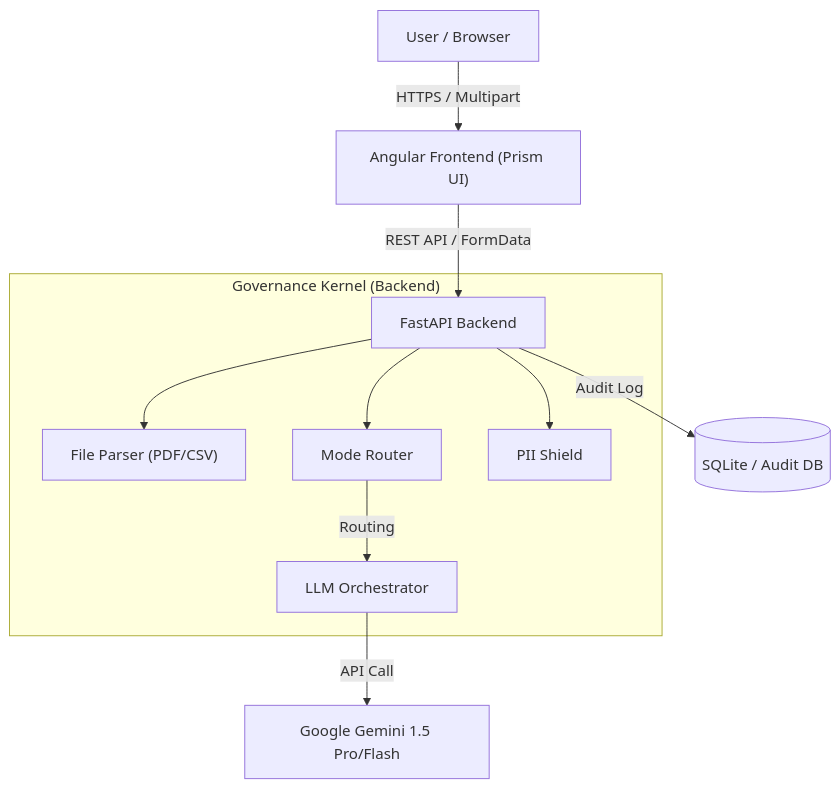
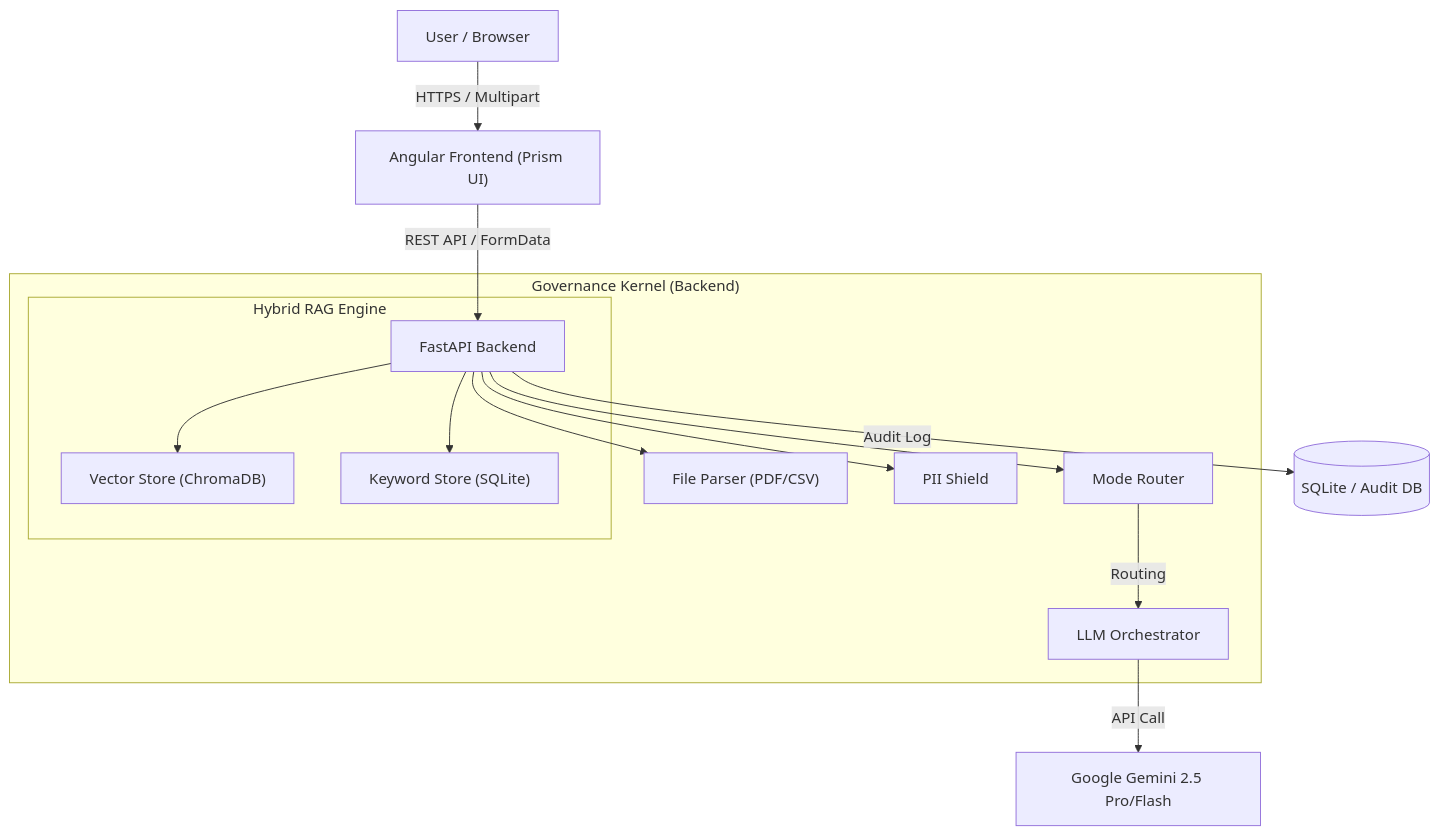
Before and after one commit to KanadeYumesaki/prism-enterprise-ai: the diagram in README.md, drawn with Mermaid. The commit also changed other lines of this file and 6 other files, not shown here.

Commit message:
feat: Complete RAG implementation, add streaming UX, and final architectural fixes

`````diff
--- a/README.md
+++ b/README.md
@@ -38,15 +42,20 @@
 ```mermaid
 graph TD
     User["User / Browser"] -->|"HTTPS / Multipart"| FE["Angular Frontend (Prism UI)"]
     FE -->|"REST API / FormData"| BE["FastAPI Backend"]
     
     subgraph "Governance Kernel (Backend)"
         BE --> Parser["File Parser (PDF/CSV)"]
         BE --> Router["Mode Router"]
         BE --> PII["PII Shield"]
         Router -->|"Routing"| Model["LLM Orchestrator"]
+        
+        subgraph "Hybrid RAG Engine"
+            BE --> Vector["Vector Store (ChromaDB)"]
+            BE --> Keyword["Keyword Store (SQLite)"]
+        end
     end
     
-    Model -->|"API Call"| Google["Google Gemini 1.5 Pro/Flash"]
+    Model -->|"API Call"| Google["Google Gemini 2.5 Pro/Flash"]
     BE -->|"Audit Log"| DB[("SQLite / Audit DB")]
 ````
`````
